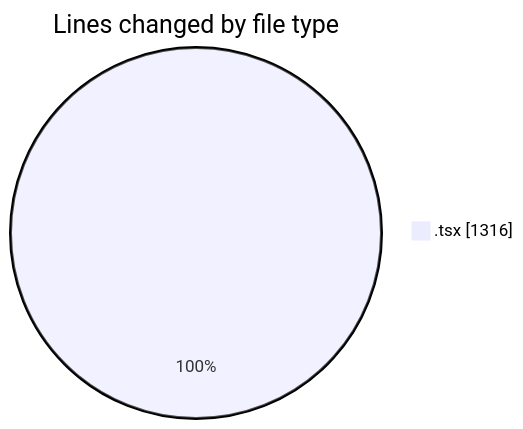
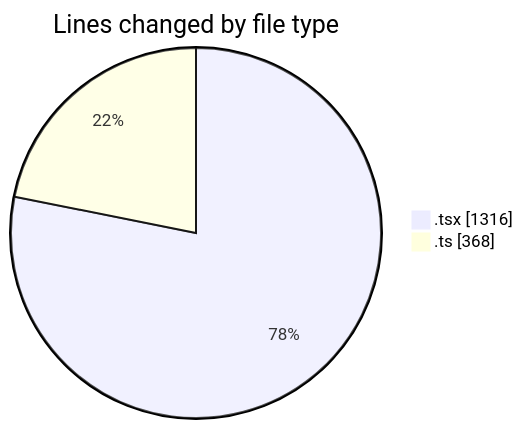
Before and after one commit to nxtqubesakshisongat/code-tracking: the first of 2 diagrams in 2026-02-25/nxtqube_webapp/README.md, drawn with Mermaid. The commit also changed other lines of this file and 1 other file, not shown here.

````diff
--- a/2026-02-25/nxtqube_webapp/README.md
+++ b/2026-02-25/nxtqube_webapp/README.md
@@ -21,5 +22,6 @@
 ```mermaid
 pie showData
 title Lines changed by file type
 ".tsx" : 1316
+".ts" : 368
 ```
````
